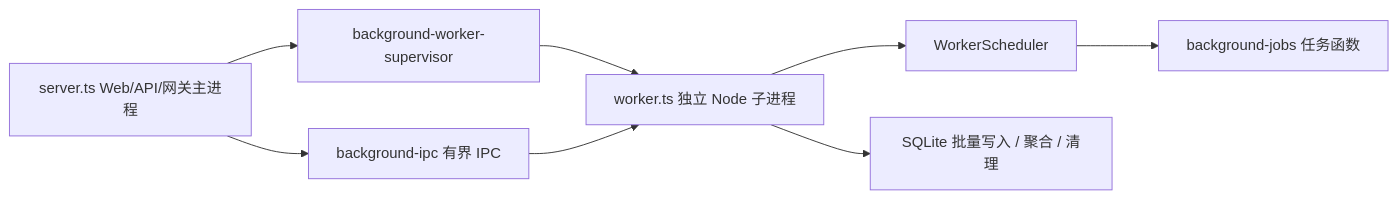
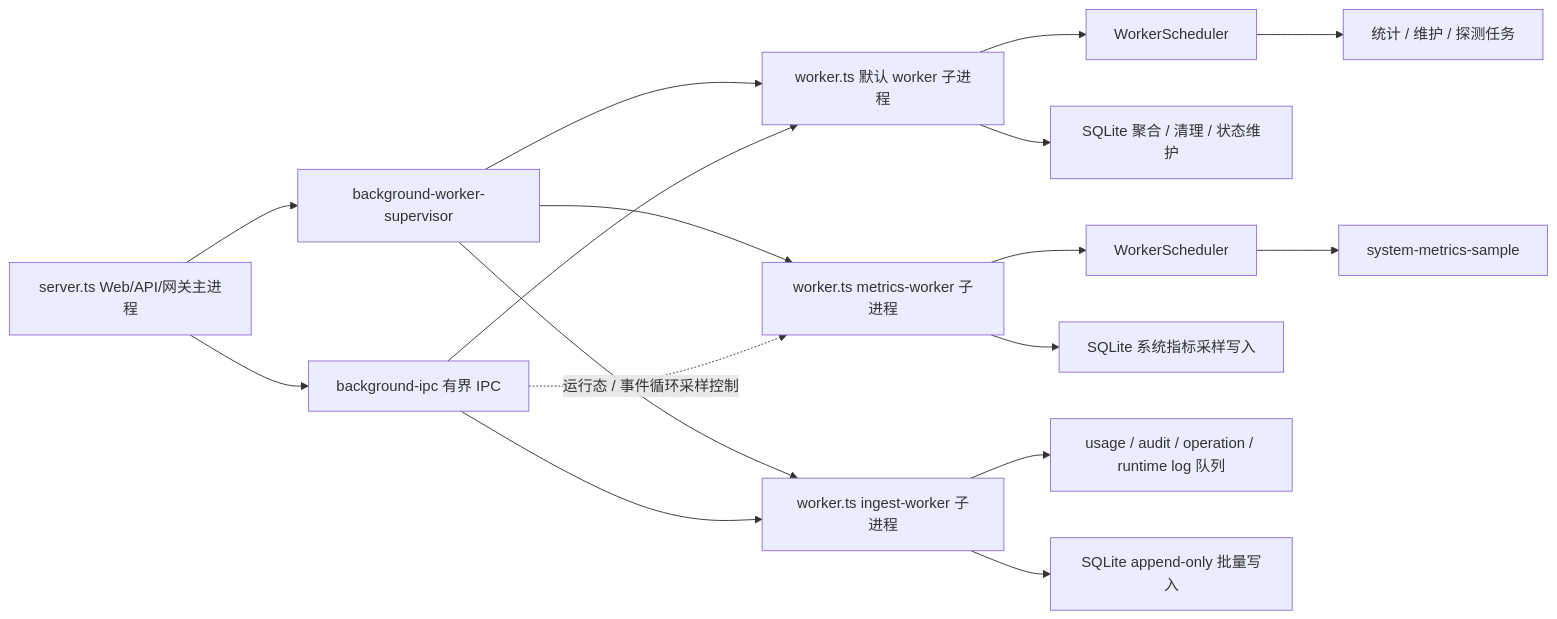
The diagram in docs/architecture/backend/后台任务使用说明.md (huanmin123/juhe-ai), drawn with Mermaid before and after one commit. The commit also changed other lines of this file and 143 other files, not shown here.

````diff
--- a/docs/architecture/backend/后台任务使用说明.md
+++ b/docs/architecture/backend/后台任务使用说明.md
@@ -17,10 +19,19 @@
 ```mermaid
 flowchart LR
   Server["server.ts Web/API/网关主进程"] --> Supervisor["background-worker-supervisor"]
-  Supervisor --> Worker["worker.ts 独立 Node 子进程"]
+  Supervisor --> Worker["worker.ts 默认 worker 子进程"]
+  Supervisor --> MetricsWorker["worker.ts metrics-worker 子进程"]
+  Supervisor --> IngestWorker["worker.ts ingest-worker 子进程"]
   Server --> IPC["background-ipc 有界 IPC"]
   IPC --> Worker
+  IPC --> IngestWorker
+  IPC -. "运行态 / 事件循环采样控制" .-> MetricsWorker
   Worker --> Scheduler["WorkerScheduler"]
-  Scheduler --> Jobs["background-jobs 任务函数"]
-  Worker --> SQLite["SQLite 批量写入 / 聚合 / 清理"]
+  Scheduler --> Jobs["统计 / 维护 / 探测任务"]
+  Worker --> SQLite["SQLite 聚合 / 清理 / 状态维护"]
+  MetricsWorker --> MetricsScheduler["WorkerScheduler"]
+  MetricsScheduler --> MetricsJob["system-metrics-sample"]
+  MetricsWorker --> MetricsSQLite["SQLite 系统指标采样写入"]
+  IngestWorker --> IngestQueues["usage / audit / operation / runtime log 队列"]
+  IngestWorker --> DatasetSQLite["SQLite append-only 批量写入"]
 ```
````
